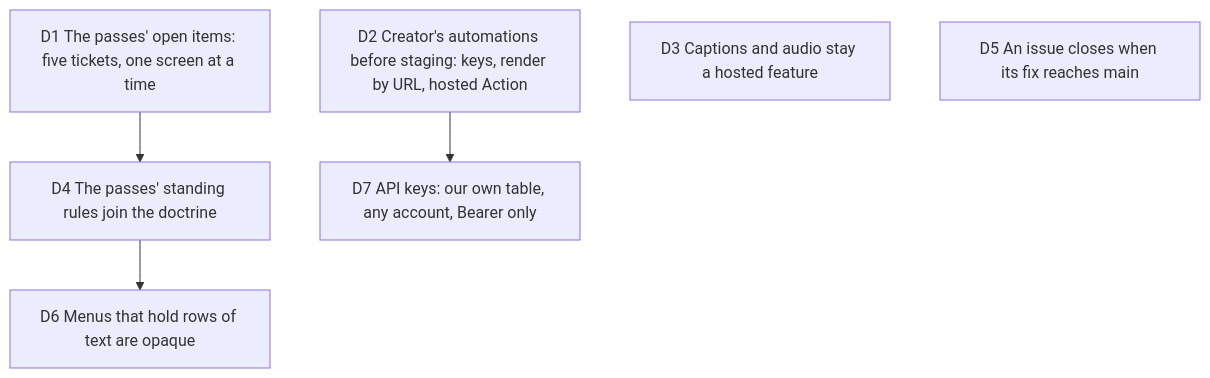
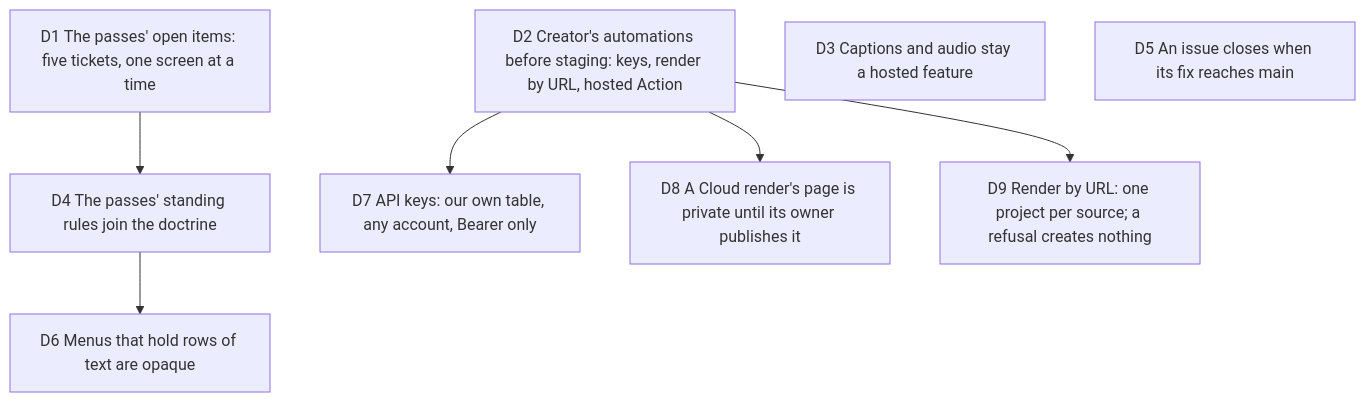
One commit to delhombre/typelapse changed the diagram in docs/decisions/2026-10-05-next-wave.md. Above: the diagram before and after it, drawn with Mermaid. The commit also changed other lines of this file and 1 other file, not shown here.

Commit message:
docs(decisions): private share pages until published; render by URL keeps one project per source

````diff
--- a/docs/decisions/2026-10-05-next-wave.md
+++ b/docs/decisions/2026-10-05-next-wave.md
@@ -21,11 +21,13 @@
 ```mermaid
 flowchart TD
   D1["D1 The passes' open items: five tickets, one screen at a time"]
   D2["D2 Creator's automations before staging: keys, render by URL, hosted Action"]
   D3["D3 Captions and audio stay a hosted feature"]
   D4["D4 The passes' standing rules join the doctrine"]
   D5["D5 An issue closes when its fix reaches main"]
   D1 --> D4
   D4 --> D6["D6 Menus that hold rows of text are opaque"]
   D2 --> D7["D7 API keys: our own table, any account, Bearer only"]
+  D2 --> D8["D8 A Cloud render's page is private until its owner publishes it"]
+  D2 --> D9["D9 Render by URL: one project per source; a refusal creates nothing"]
 ```
````
